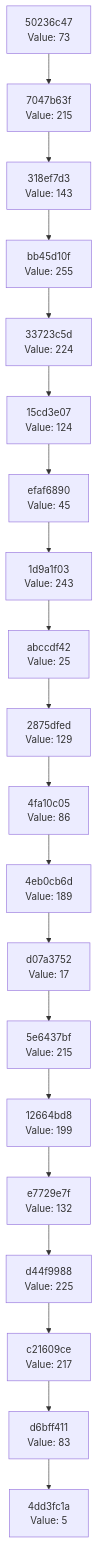
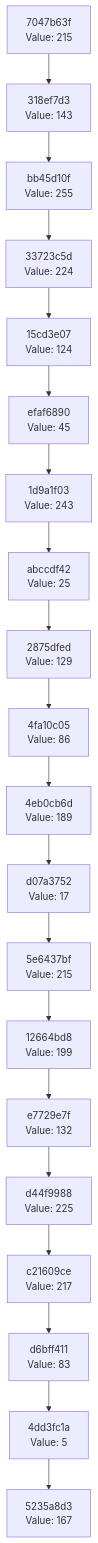
Before and after one commit to Abhisheksinha1506/hash-chain-evolver: the diagram in docs/CHAIN_VISUALIZATION.md, drawn with Mermaid. The commit also changed 1 other file, not shown here.

Commit message:
Evolution Step

````diff
--- a/docs/CHAIN_VISUALIZATION.md
+++ b/docs/CHAIN_VISUALIZATION.md
@@ -3,42 +3,42 @@
 ```mermaid
 graph TD
-    C0["4dd3fc1a<br/>Value: 5"]
-    C1["d6bff411<br/>Value: 83"]
+    C0["5235a8d3<br/>Value: 167"]
+    C1["4dd3fc1a<br/>Value: 5"]
     C1 --> C0
-    C2["c21609ce<br/>Value: 217"]
+    C2["d6bff411<br/>Value: 83"]
     C2 --> C1
-    C3["d44f9988<br/>Value: 225"]
+    C3["c21609ce<br/>Value: 217"]
     C3 --> C2
-    C4["e7729e7f<br/>Value: 132"]
+    C4["d44f9988<br/>Value: 225"]
     C4 --> C3
-    C5["12664bd8<br/>Value: 199"]
+    C5["e7729e7f<br/>Value: 132"]
     C5 --> C4
-    C6["5e6437bf<br/>Value: 215"]
+    C6["12664bd8<br/>Value: 199"]
     C6 --> C5
-    C7["d07a3752<br/>Value: 17"]
+    C7["5e6437bf<br/>Value: 215"]
     C7 --> C6
-    C8["4eb0cb6d<br/>Value: 189"]
+    C8["d07a3752<br/>Value: 17"]
     C8 --> C7
-    C9["4fa10c05<br/>Value: 86"]
+    C9["4eb0cb6d<br/>Value: 189"]
     C9 --> C8
-    C10["2875dfed<br/>Value: 129"]
+    C10["4fa10c05<br/>Value: 86"]
     C10 --> C9
-    C11["abccdf42<br/>Value: 25"]
+    C11["2875dfed<br/>Value: 129"]
     C11 --> C10
-    C12["1d9a1f03<br/>Value: 243"]
+    C12["abccdf42<br/>Value: 25"]
     C12 --> C11
-    C13["efaf6890<br/>Value: 45"]
+    C13["1d9a1f03<br/>Value: 243"]
     C13 --> C12
-    C14["15cd3e07<br/>Value: 124"]
+    C14["efaf6890<br/>Value: 45"]
     C14 --> C13
-    C15["33723c5d<br/>Value: 224"]
+    C15["15cd3e07<br/>Value: 124"]
     C15 --> C14
-    C16["bb45d10f<br/>Value: 255"]
+    C16["33723c5d<br/>Value: 224"]
     C16 --> C15
-    C17["318ef7d3<br/>Value: 143"]
+    C17["bb45d10f<br/>Value: 255"]
     C17 --> C16
-    C18["7047b63f<br/>Value: 215"]
+    C18["318ef7d3<br/>Value: 143"]
     C18 --> C17
-    C19["50236c47<br/>Value: 73"]
+    C19["7047b63f<br/>Value: 215"]
     C19 --> C18
 ```
````
